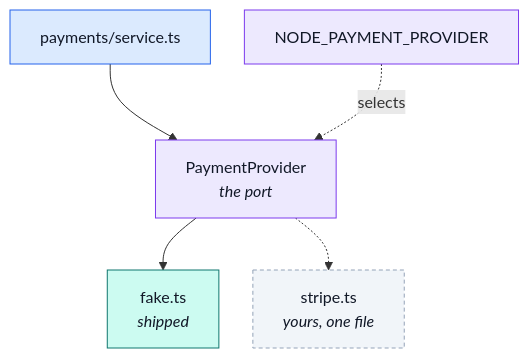
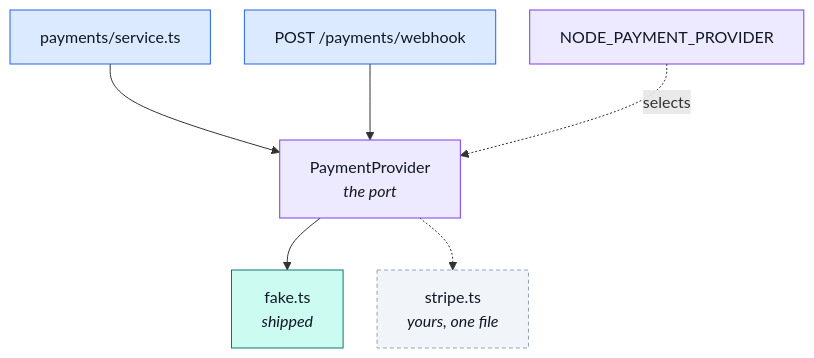
Before and after one commit to Guebbit/boilerplate-node-backend: the diagram in docs/modules/payments-provider-port.md, drawn with Mermaid. The commit also changed other lines of this file and 31 other files, not shown here.

````diff
--- a/docs/modules/payments-provider-port.md
+++ b/docs/modules/payments-provider-port.md
@@ -18,17 +41,18 @@
 ```mermaid
 %%{init: {'flowchart': {'nodeSpacing': 34, 'rankSpacing': 52}}}%%
 flowchart TD
     S["payments/service.ts"] --> P["PaymentProvider<br/><i>the port</i>"]
+    W["POST /payments/webhook"] --> P
     P --> F["fake.ts<br/><i>shipped</i>"]
     P -.-> X["stripe.ts<br/><i>yours, one file</i>"]
     E["NODE_PAYMENT_PROVIDER"] -.->|"selects"| P
 
     classDef app fill:#dbeafe,stroke:#2563eb,color:#111827;
     classDef port fill:#ede9fe,stroke:#7c3aed,color:#111827;
     classDef impl fill:#ccfbf1,stroke:#0f766e,color:#111827;
     classDef future fill:#f1f5f9,stroke:#94a3b8,color:#111827,stroke-dasharray: 4 3;
-    class S app;
+    class S,W app;
     class P,E port;
     class F impl;
     class X future;
 ```
````
